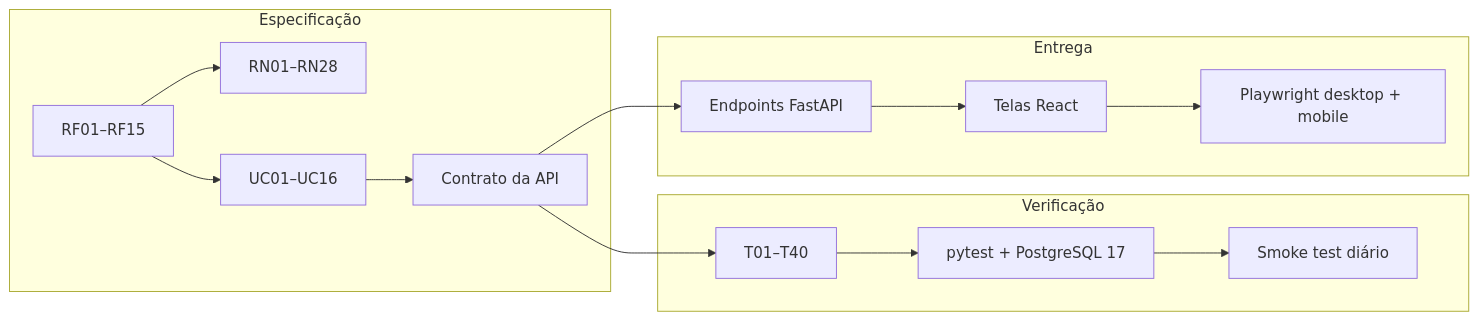
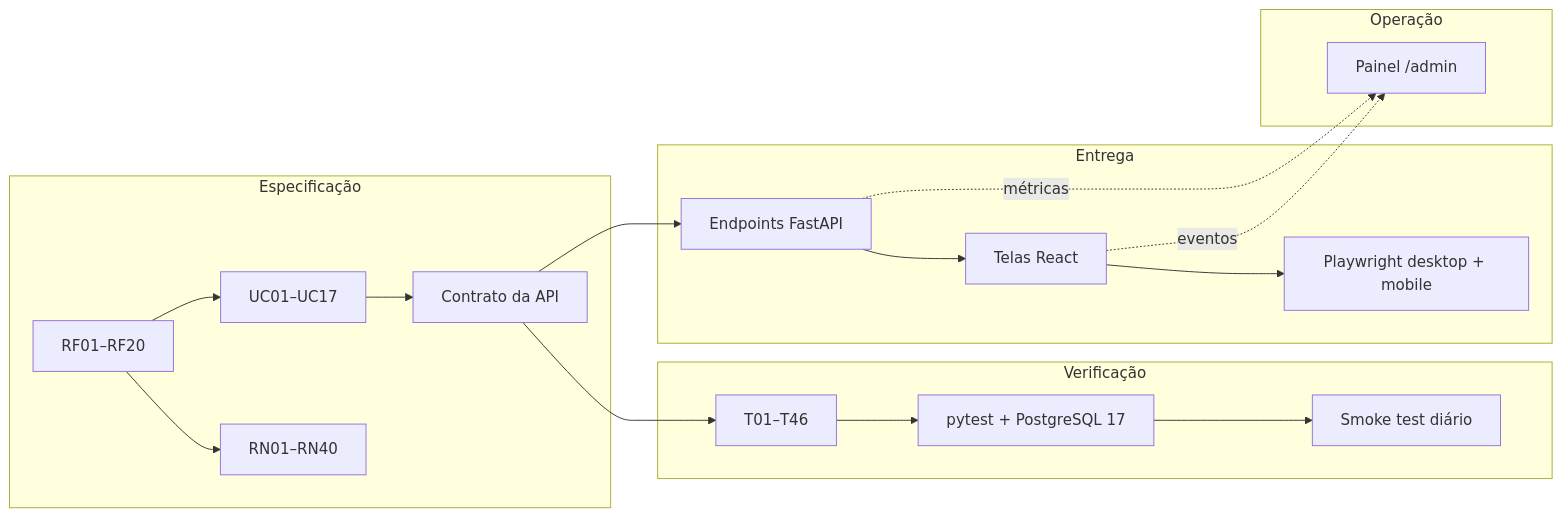
Before and after one commit to vsys-val/fastapi-merchant-app: the diagram in docs/rastreabilidade.md, drawn with Mermaid. The commit also changed other lines of this file and 15 other files, not shown here.

First line of the commit message:
docs: painel administrativo, eventos de uso e métricas técnicas

````diff
--- a/docs/rastreabilidade.md
+++ b/docs/rastreabilidade.md
@@ -83,18 +93,22 @@
 ```mermaid
 flowchart LR
   subgraph Especificação
-    RF[RF01–RF15] --> RN[RN01–RN28]
-    RF --> UC[UC01–UC16]
+    RF[RF01–RF20] --> RN[RN01–RN40]
+    RF --> UC[UC01–UC17]
     UC --> CT[Contrato da API]
   end
   subgraph Verificação
-    CT --> T[T01–T40]
+    CT --> T[T01–T46]
     T --> PY[pytest + PostgreSQL 17]
     PY --> SM[Smoke test diário]
   end
   subgraph Entrega
     CT --> EP[Endpoints FastAPI]
     EP --> UI[Telas React]
     UI --> E2E[Playwright desktop + mobile]
   end
+  subgraph Operação
+    UI -. eventos .-> ADM[Painel /admin]
+    EP -. métricas .-> ADM
+  end
 ```
````
